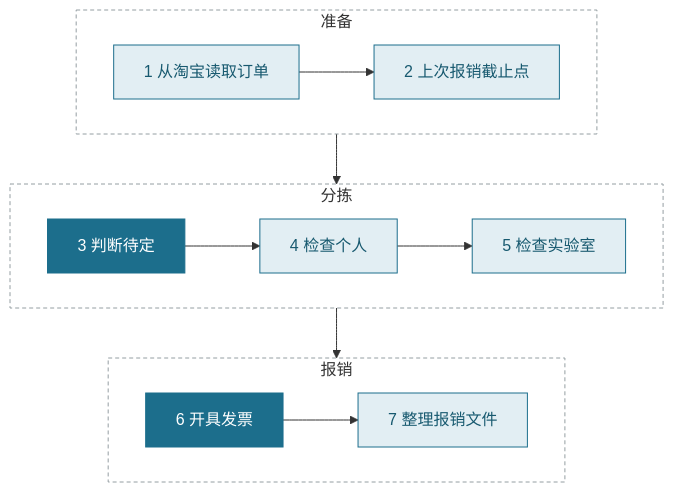
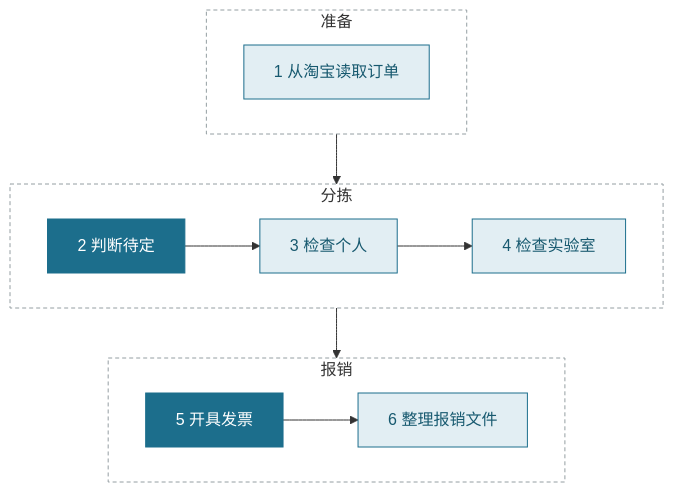
One commit to jackdhch/taobao-order-triage changed the first of 2 diagrams in README.md. Above: the diagram before and after it, drawn with Mermaid. The commit also changed other lines of this file and 16 other files, not shown here.

````diff
--- a/README.md
+++ b/README.md
@@ -140,23 +140,23 @@
 ```mermaid
 flowchart TB
     subgraph prep ["准备"]
         direction LR
-        s1["1 从淘宝读取订单"] --> s2["2 上次报销截止点"]
+        s1["1 从淘宝读取订单"]
     end
     subgraph sort ["分拣"]
         direction LR
-        s3["3 判断待定"] --> s4["4 检查个人"] --> s5["5 检查实验室"]
+        s2["2 判断待定"] --> s3["3 检查个人"] --> s4["4 检查实验室"]
     end
     subgraph claim ["报销"]
         direction LR
-        s6["6 开具发票"] --> s7["7 整理报销文件"]
+        s5["5 开具发票"] --> s6["6 整理报销文件"]
     end
     prep --> sort --> claim
     style prep fill:none,stroke:#949EA2,stroke-dasharray:4 3
     style sort fill:none,stroke:#949EA2,stroke-dasharray:4 3
     style claim fill:none,stroke:#949EA2,stroke-dasharray:4 3
     classDef step fill:#E2EEF3,stroke:#1C6E8C,color:#17596F
     classDef key fill:#1C6E8C,stroke:#1C6E8C,color:#FFFFFF
-    class s1,s2,s4,s5,s7 step
-    class s3,s6 key
+    class s1,s3,s4,s6 step
+    class s2,s5 key
 ```
````
